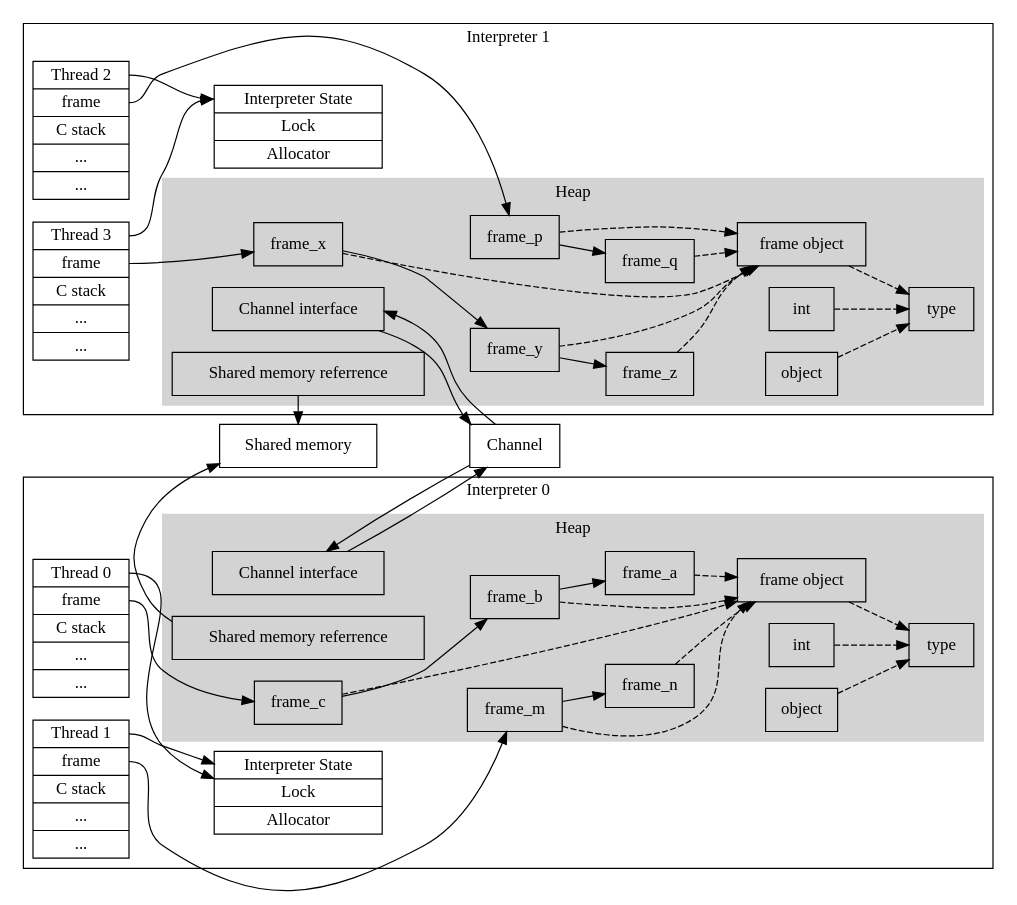
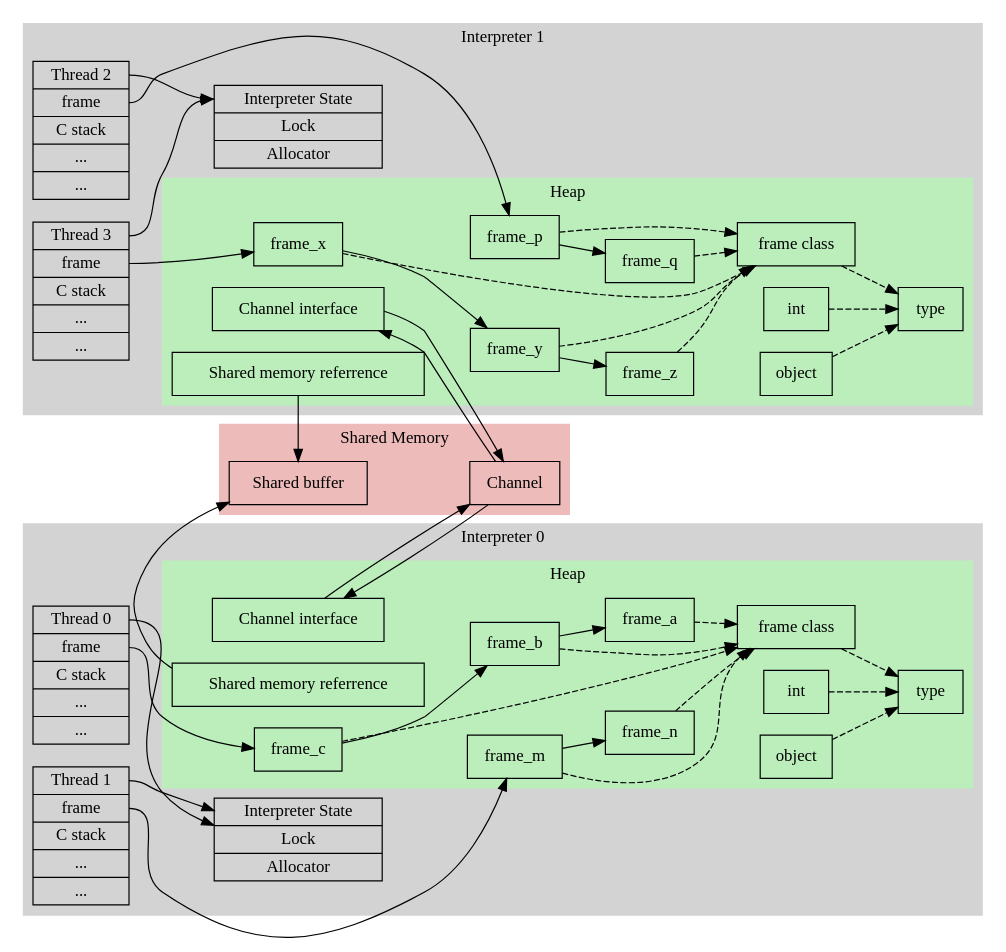
One commit to markshannon/python_formal_semantics changed the diagram in memory.gv. Above: the diagram before and after it, drawn with Graphviz. The commit also changed 4 other files, not shown here.

```diff
--- a/memory.gv
+++ b/memory.gv
@@ -1,130 +1,137 @@
 digraph G {
     rankdir = LR
     splines = "true"
 
 	subgraph cluster_0 {
 		node [shape=rectangle];
 		label = "Interpreter 0";
+        style=filled;
+        color=lightgrey;
 
         istate0 [
             shape = "record"
             label = "<f0> Interpreter State | Lock | <f1> Allocator"
         ];
         subgraph cluster_heap0 {
 
             "frame_c" -> "frame_b" -> "frame_a"
             "frame_m" -> "frame_n"
 
             label = "Heap"
             style=filled;
-            color=lightgrey;
+            color="#bbeebb";
             shared0 [ label = "Shared memory referrence" ]
             channels0 [label="Channel interface"]
             int0 [label="int"]
             type0 [label="type"]
             object0 [label="object"]
             int0 -> type0 [ style="dashed"]
-            frame0 [label="frame object"]
+            frame0 [label="frame class"]
             frame0 -> type0 [ style="dashed"]
             object0 -> type0 [ style="dashed"]
             frame_a -> frame0 [style="dashed"]
             frame_b -> frame0 [style="dashed"]
             frame_c -> frame0 [style="dashed"]
             frame_m -> frame0 [style="dashed"]
             frame_n -> frame0 [style="dashed"]
         }
 
 
         "thread0" [
             shape = "record"
             rankdir = TB
             label = "<f0> Thread 0 | <f1> frame | C stack | ... | ..."
         ];
 
         "thread1" [
             shape = "record"
             rankdir = TB
             label = "<f0> Thread 1 | <f1> frame | C stack | ... | ..."
         ];
  
 
         
         thread0:f0:e -> istate0
         thread0:f1 -> frame_c
         
         thread1:f0 -> istate0
         thread1:f1 -> frame_m
 
     }
 
 	subgraph cluster_1 {
 		node [shape=rectangle];
 
 		label = "Interpreter 1";
+        style=filled;
+        color=lightgrey;
 
         istate1 [
             shape = "record"
             label = "<f0> Interpreter State | Lock | <f1> Allocator"
         ];
     
         subgraph cluster_heap1 {
 
             label = "Heap"
             
             "frame_p" -> "frame_q"
             "frame_x" -> "frame_y" -> "frame_z"
 
             style=filled;
-            color=lightgrey;
+            color="#bbeebb";
             channels1 [label="Channel interface", rank = 0]
 
             int1 [label="int"]
             type1 [label="type"]
             object1 [label="object"]
             int1 -> type1 [ style="dashed"]
-            frame1 [label="frame object"]
+            frame1 [label="frame class"]
             frame1 -> type1 [ style="dashed"]
             object1 -> type1 [ style="dashed"]
             frame_p -> frame1 [style="dashed"]
             frame_q -> frame1 [style="dashed"]
             frame_x -> frame1 [style="dashed"]
             frame_y -> frame1 [style="dashed"]
             frame_z -> frame1 [style="dashed"]
             shared1 [ label = "Shared memory referrence" ]
         }
 
        "thread2" [
             shape = "record"
             rankdir = TB
             label = "<f0> Thread 2 | <f1> frame | C stack | ... | ..."
         ];
 
         "thread3" [
             shape = "record"
             rankdir = TB
             label = "<f0> Thread 3 | <f1> frame | C stack | ... | ..."
         ];
 
 
         thread3:f0 -> istate1:f0
         thread3:f1 -> frame_x
         thread2:f0 -> istate1:f0
         thread2:f1 -> frame_p
 
     }
 
-    subgraph {
+    subgraph cluster_shared {
         rankdir = LR
-        "shared" [ label = "Shared memory", shape=rectangle ]
+        label = "Shared Memory"
+            style=filled;
+            color="#eebbbb";
+        "shared" [ label = "Shared buffer", shape=rectangle ]
         "channel" [ label = "Channel", shape=rectangle  ]
         shared -> channel [style="invis"]
     }
 
     channels0 -> channel
     channels1 -> channel
     channel -> channels0
     channel -> channels1
     shared0 -> shared
     shared1 -> shared
 
 }
```
